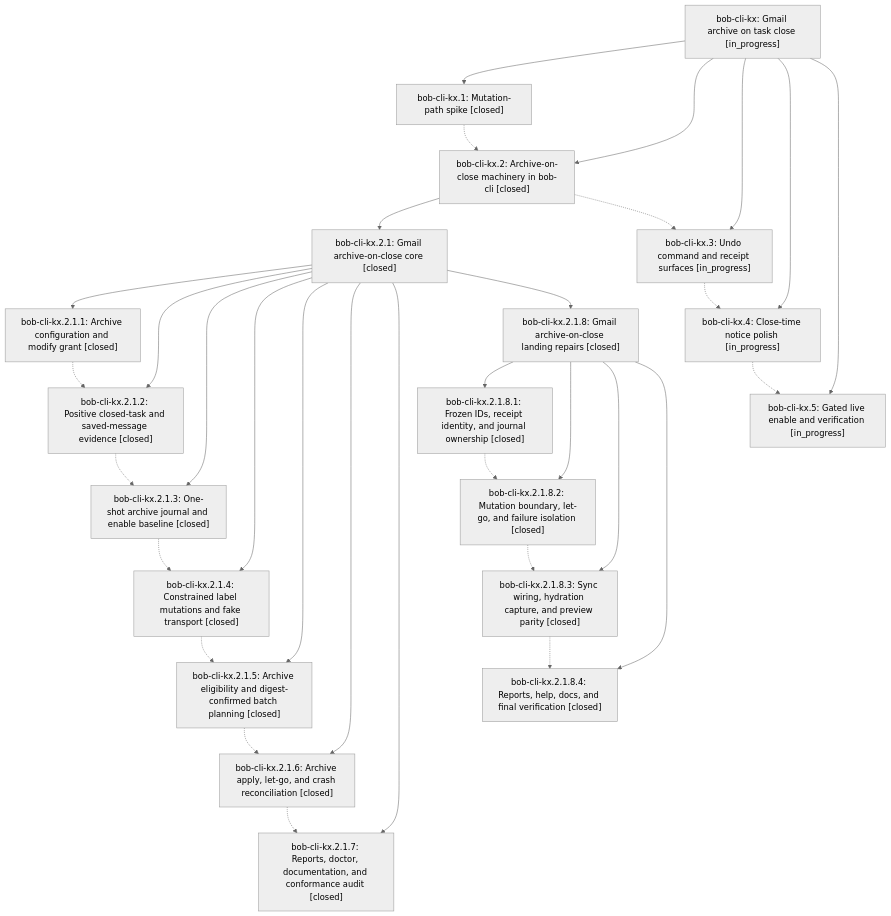
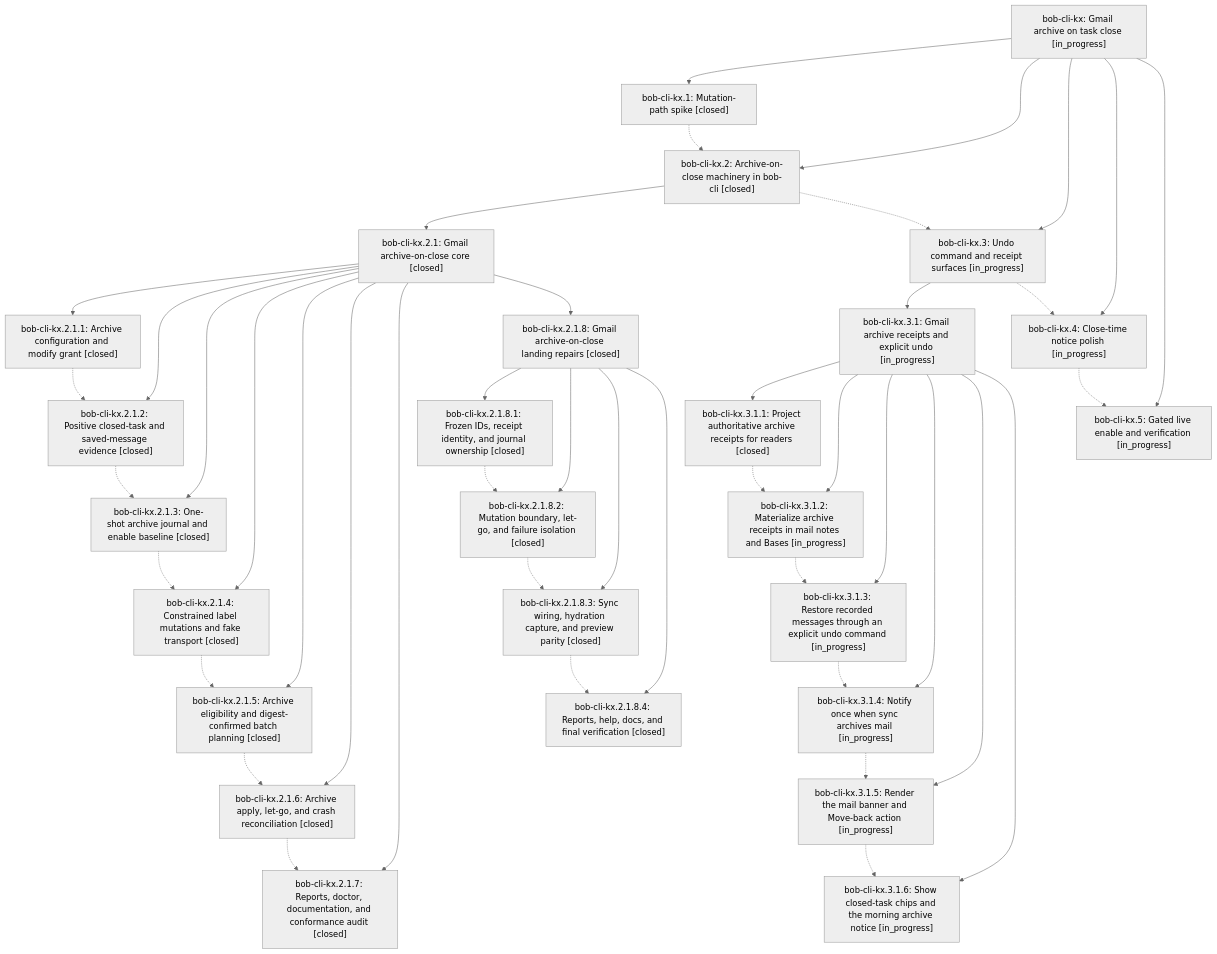
Before and after one commit to bobs-org/bob-cli--beads: the diagram in pages/bob-cli-kx/README.md, drawn with Mermaid (neutral theme). The commit also changed other lines of this file and 8 other files, not shown here.

First line of the commit message:
chore(beads): sync bead state and pages for bob-cli-kx

````diff
--- a/pages/bob-cli-kx/README.md
+++ b/pages/bob-cli-kx/README.md
@@ -38,53 +38,72 @@
 ```mermaid
 flowchart TD
     n0["bob-cli-kx: Gmail archive on task close [in_progress]"]
     n1["bob-cli-kx.1: Mutation-path spike [closed]"]
     n2["bob-cli-kx.2: Archive-on-close machinery in bob-cli [closed]"]
     n3["bob-cli-kx.2.1: Gmail archive-on-close core [closed]"]
     n4["bob-cli-kx.2.1.1: Archive configuration and modify grant [closed]"]
     n5["bob-cli-kx.2.1.2: Positive closed-task and saved-message evidence [closed]"]
     n6["bob-cli-kx.2.1.3: One-shot archive journal and enable baseline [closed]"]
     n7["bob-cli-kx.2.1.4: Constrained label mutations and fake transport [closed]"]
     n8["bob-cli-kx.2.1.5: Archive eligibility and digest-confirmed batch planning [closed]"]
     n9["bob-cli-kx.2.1.6: Archive apply, let-go, and crash reconciliation [closed]"]
     n10["bob-cli-kx.2.1.7: Reports, doctor, documentation, and conformance audit [closed]"]
     n11["bob-cli-kx.2.1.8: Gmail archive-on-close landing repairs [closed]"]
     n12["bob-cli-kx.2.1.8.1: Frozen IDs, receipt identity, and journal ownership [closed]"]
     n13["bob-cli-kx.2.1.8.2: Mutation boundary, let-go, and failure isolation [closed]"]
     n14["bob-cli-kx.2.1.8.3: Sync wiring, hydration capture, and preview parity [closed]"]
     n15["bob-cli-kx.2.1.8.4: Reports, help, docs, and final verification [closed]"]
     n16["bob-cli-kx.3: Undo command and receipt surfaces [in_progress]"]
-    n17["bob-cli-kx.4: Close-time notice polish [in_progress]"]
-    n18["bob-cli-kx.5: Gated live enable and verification [in_progress]"]
+    n17["bob-cli-kx.3.1: Gmail archive receipts and explicit undo [in_progress]"]
+    n18["bob-cli-kx.3.1.1: Project authoritative archive receipts for readers [closed]"]
+    n19["bob-cli-kx.3.1.2: Materialize archive receipts in mail notes and Bases [in_progress]"]
+    n20["bob-cli-kx.3.1.3: Restore recorded messages through an explicit undo command [in_progress]"]
+    n21["bob-cli-kx.3.1.4: Notify once when sync archives mail [in_progress]"]
+    n22["bob-cli-kx.3.1.5: Render the mail banner and Move-back action [in_progress]"]
+    n23["bob-cli-kx.3.1.6: Show closed-task chips and the morning archive notice [in_progress]"]
+    n24["bob-cli-kx.4: Close-time notice polish [in_progress]"]
+    n25["bob-cli-kx.5: Gated live enable and verification [in_progress]"]
     n0 --> n1
     n0 --> n2
     n2 --> n3
     n3 --> n4
     n3 --> n5
     n3 --> n6
     n3 --> n7
     n3 --> n8
     n3 --> n9
     n3 --> n10
     n3 --> n11
     n11 --> n12
     n11 --> n13
     n11 --> n14
     n11 --> n15
     n0 --> n16
-    n0 --> n17
-    n0 --> n18
+    n16 --> n17
+    n17 --> n18
+    n17 --> n19
+    n17 --> n20
+    n17 --> n21
+    n17 --> n22
+    n17 --> n23
+    n0 --> n24
+    n0 --> n25
     n1 -.-> n2
     n2 -.-> n16
     n4 -.-> n5
     n5 -.-> n6
     n6 -.-> n7
     n7 -.-> n8
     n8 -.-> n9
     n9 -.-> n10
     n12 -.-> n13
     n13 -.-> n14
     n14 -.-> n15
-    n16 -.-> n17
-    n17 -.-> n18
+    n16 -.-> n24
+    n18 -.-> n19
+    n19 -.-> n20
+    n20 -.-> n21
+    n21 -.-> n22
+    n22 -.-> n23
+    n24 -.-> n25
 ```
````
